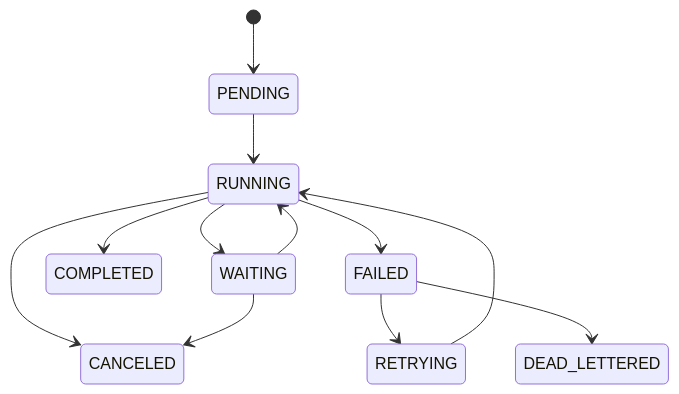
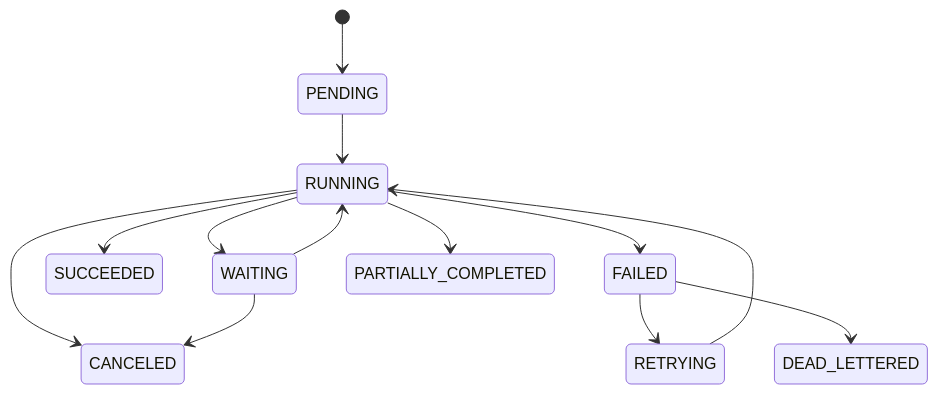
Before and after one commit to D-engahmed/OMILINKS: the third of 4 diagrams in docs/domain/workflows.md, drawn with Mermaid. The commit also changed other lines of this file and 1 other file, not shown here.

```diff
--- a/docs/domain/workflows.md
+++ b/docs/domain/workflows.md
@@ -43,14 +47,15 @@
 ~~~mermaid
 stateDiagram-v2
     [*] --> PENDING
     PENDING --> RUNNING
     RUNNING --> WAITING
     WAITING --> RUNNING
-    RUNNING --> COMPLETED
+    RUNNING --> SUCCEEDED
     RUNNING --> FAILED
     FAILED --> RETRYING
     RETRYING --> RUNNING
     FAILED --> DEAD_LETTERED
     RUNNING --> CANCELED
     WAITING --> CANCELED
+    RUNNING --> PARTIALLY_COMPLETED
 ~~~
```
